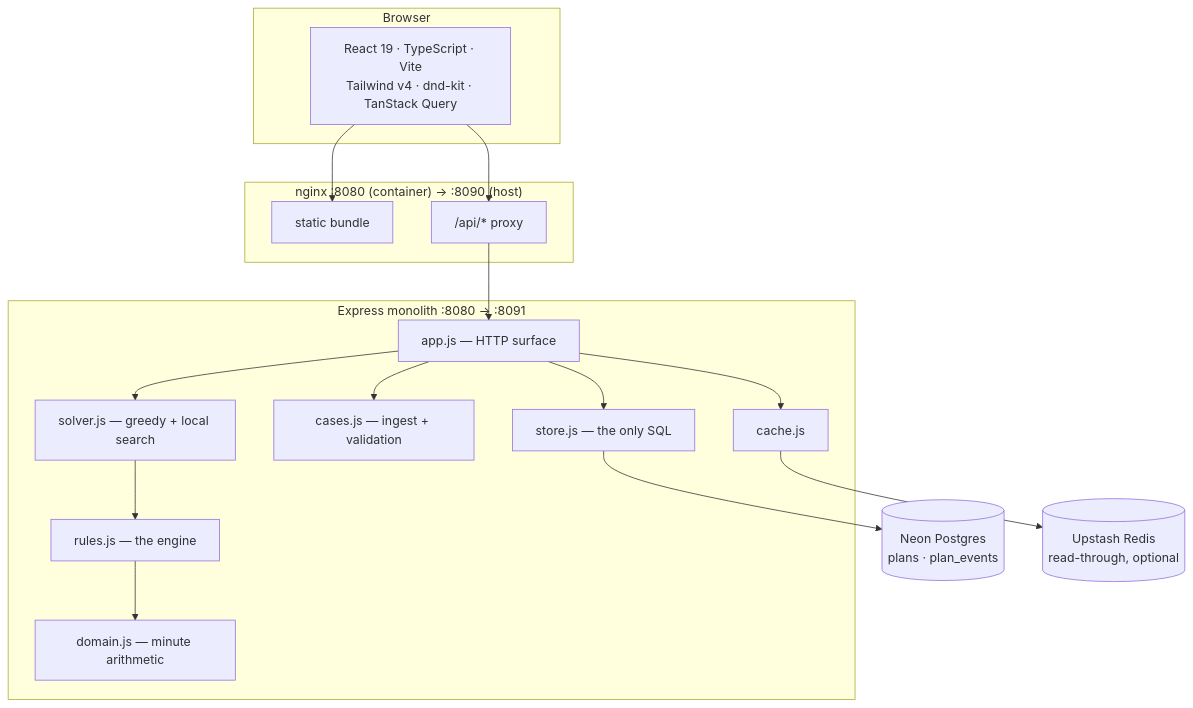
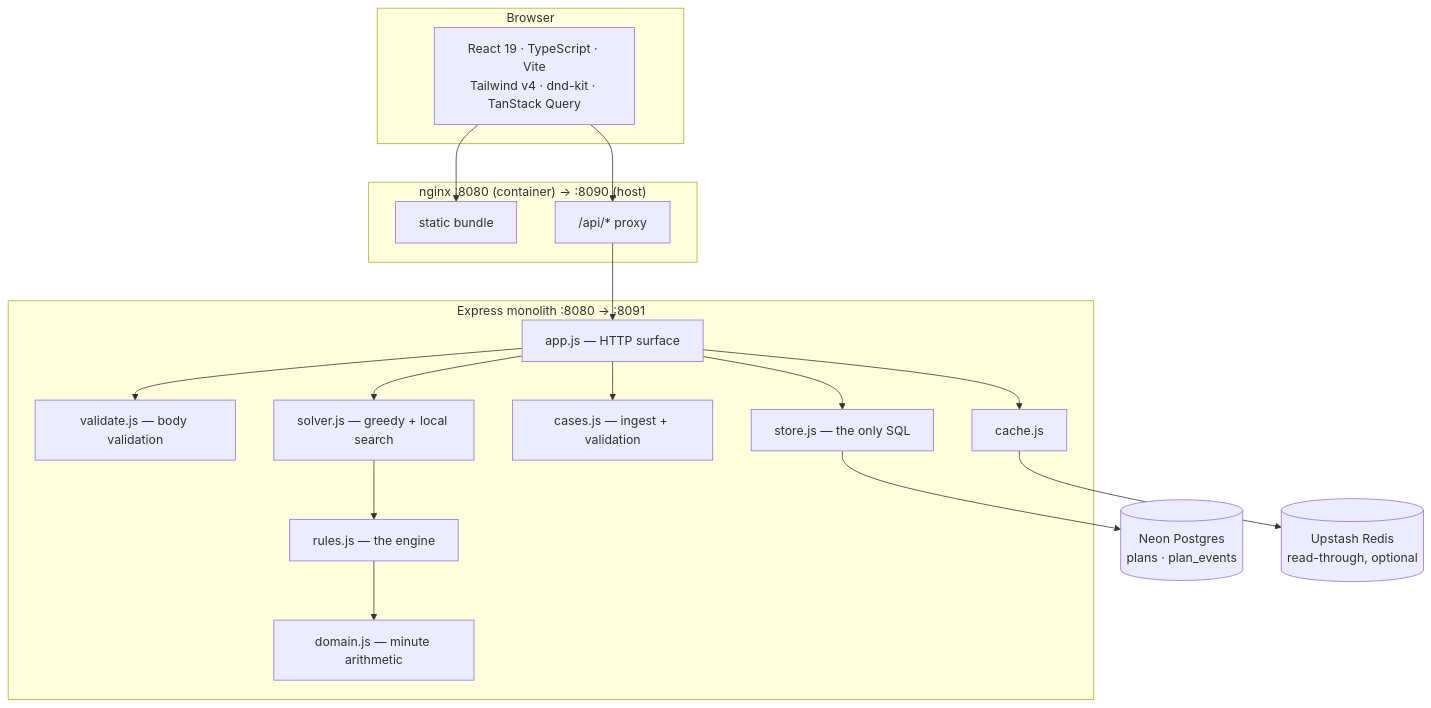
One commit to mdkamrulislamdev/lsh26-t044-p11 changed the second of 7 diagrams in ARCHITECTURE.md. Above: the diagram before and after it, drawn with Mermaid. The commit also changed other lines of this file and 2 other files, not shown here.

````diff
--- a/ARCHITECTURE.md
+++ b/ARCHITECTURE.md
@@ -27,31 +27,33 @@
 ```mermaid
 flowchart TB
     subgraph browser["Browser"]
         UI["React 19 · TypeScript · Vite<br/>Tailwind v4 · dnd-kit · TanStack Query"]
     end
 
     subgraph edge["nginx :8080 (container) → :8090 (host)"]
         ST["static bundle"]
         PX["/api/* proxy"]
     end
 
     subgraph api["Express monolith :8080 → :8091"]
         A["app.js — HTTP surface"]
+        VD["validate.js — body validation"]
         SOL["solver.js — greedy + local search"]
         RUL["rules.js — the engine"]
         DOM["domain.js — minute arithmetic"]
         CAS["cases.js — ingest + validation"]
         CA["cache.js"]
         STO["store.js — the only SQL"]
     end
 
     PG[("Neon Postgres<br/>plans · plan_events")]
     RD[("Upstash Redis<br/>read-through, optional")]
 
     UI --> ST
     UI --> PX --> A
+    A --> VD
     A --> SOL --> RUL --> DOM
     A --> CAS
     A --> CA --> RD
     A --> STO --> PG
 ```
````
